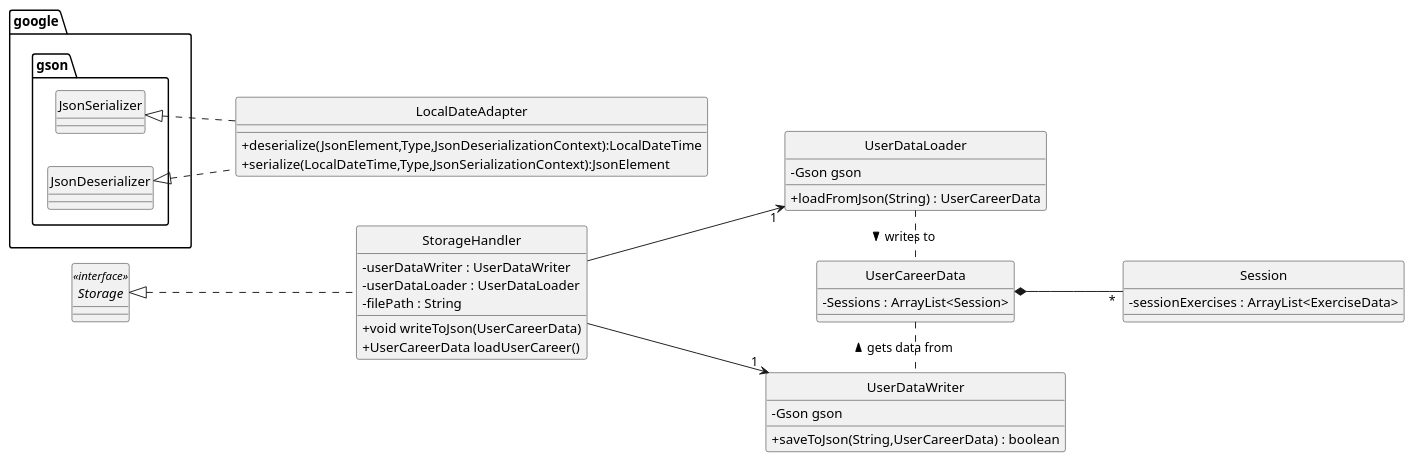
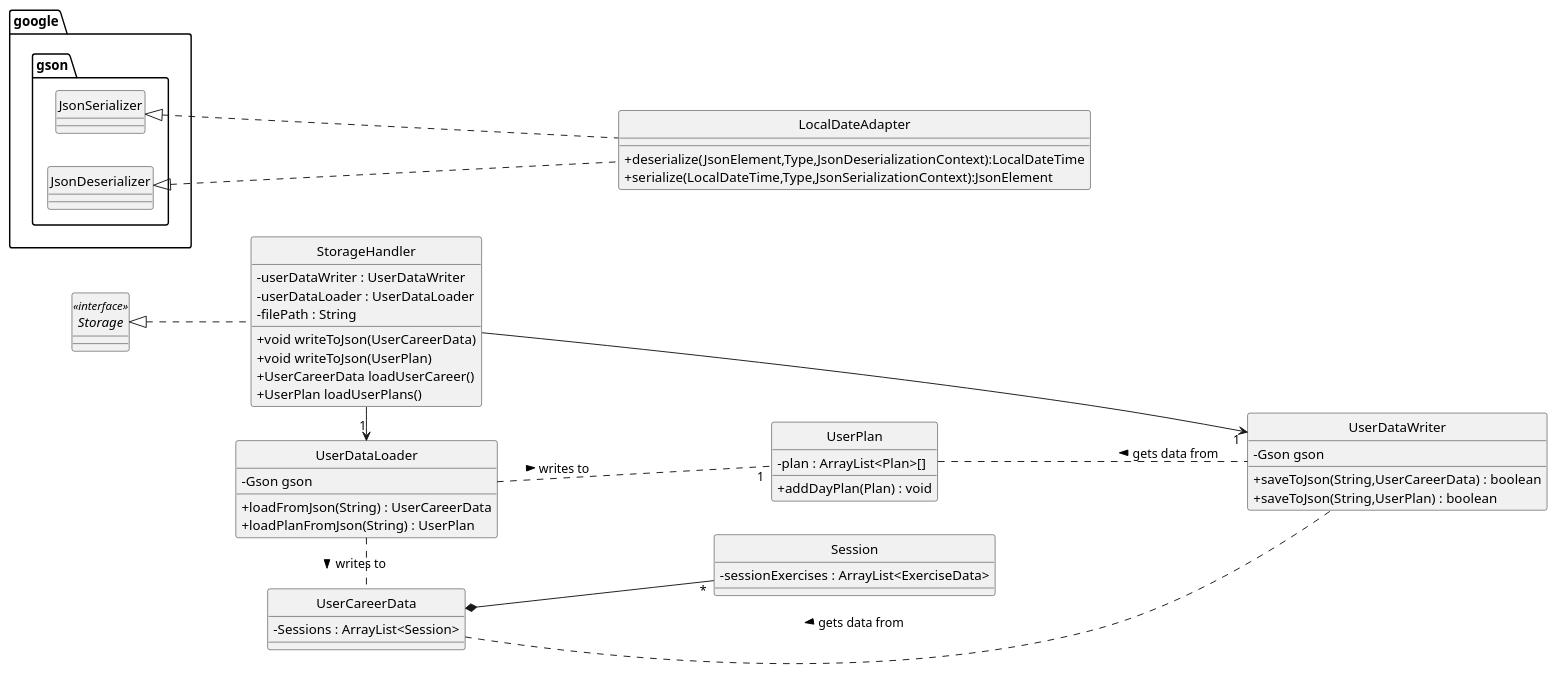
One commit to nus-cs2113-AY2223S2/tp changed the diagram in docs/UML/StorageHandlerClass.puml. Above: the diagram before and after it, drawn with PlantUML. The commit also changed 2 other files, not shown here.

Commit message:
Update Storage UMLs

```diff
--- a/docs/UML/StorageHandlerClass.puml
+++ b/docs/UML/StorageHandlerClass.puml
@@ -1,48 +1,58 @@
 @startuml
 skinparam classAttributeIconSize 0
 hide circle
 left to right direction
 
 class LocalDateAdapter {
 + deserialize(JsonElement,Type,JsonDeserializationContext):LocalDateTime
 + serialize(LocalDateTime,Type,JsonSerializationContext):JsonElement
 }
 class StorageHandler {
 - userDataWriter : UserDataWriter
 - userDataLoader : UserDataLoader
 - filePath : String
 + void writeToJson(UserCareerData)
++ void writeToJson(UserPlan)
 + UserCareerData loadUserCareer()
++ UserPlan loadUserPlans()
 }
 class UserDataLoader {
 - Gson gson
 + loadFromJson(String) : UserCareerData
++ loadPlanFromJson(String) : UserPlan
 }
 class UserDataWriter {
 - Gson gson
 + saveToJson(String,UserCareerData) : boolean
++ saveToJson(String,UserPlan) : boolean
+}
+
+class UserPlan {
+- plan : ArrayList<Plan>[]
++ addDayPlan(Plan) : void
 }
 
 class Session{
 - sessionExercises : ArrayList<ExerciseData>
 }
 interface Storage <<interface>>{
 }
 
 class UserCareerData{
 - Sessions : ArrayList<Session>
 }
 
 UserDataLoader . UserCareerData : writes to >
+UserDataLoader .. "1" UserPlan : writes to >
 UserCareerData . UserDataWriter : gets data from <
-
+UserPlan .. UserDataWriter : gets data from <
 UserCareerData *-- "*" Session
 
 Storage <|.. StorageHandler
 
-StorageHandler --> "1" UserDataLoader
-StorageHandler --> "1" UserDataWriter
+StorageHandler -> "1" UserDataLoader
+StorageHandler -> "1" UserDataWriter
 
-google.gson.JsonSerializer <|.. LocalDateAdapter
-google.gson.JsonDeserializer <|.. LocalDateAdapter
+google.gson.JsonSerializer <|... LocalDateAdapter
+google.gson.JsonDeserializer <|... LocalDateAdapter
 @enduml
```
